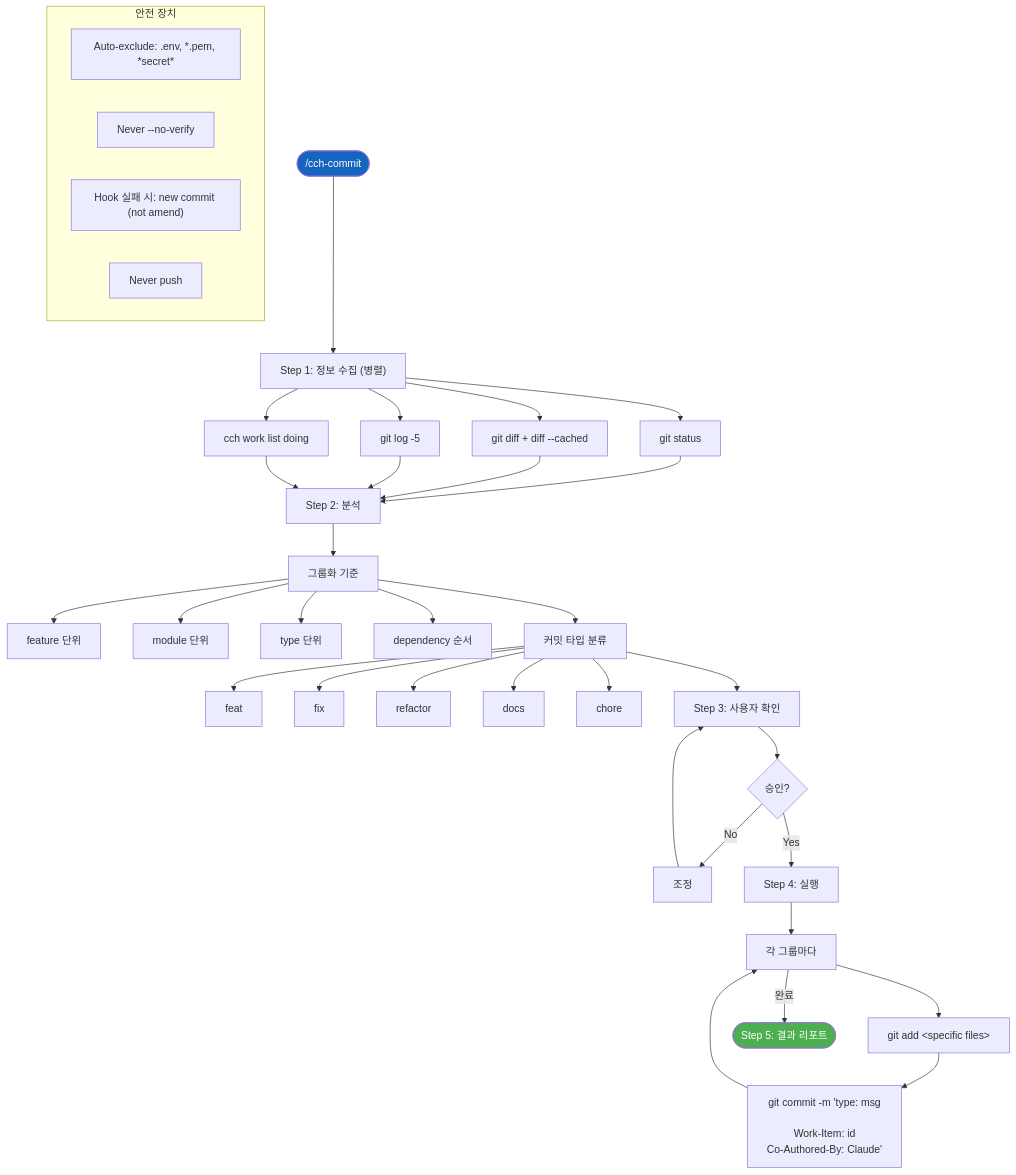
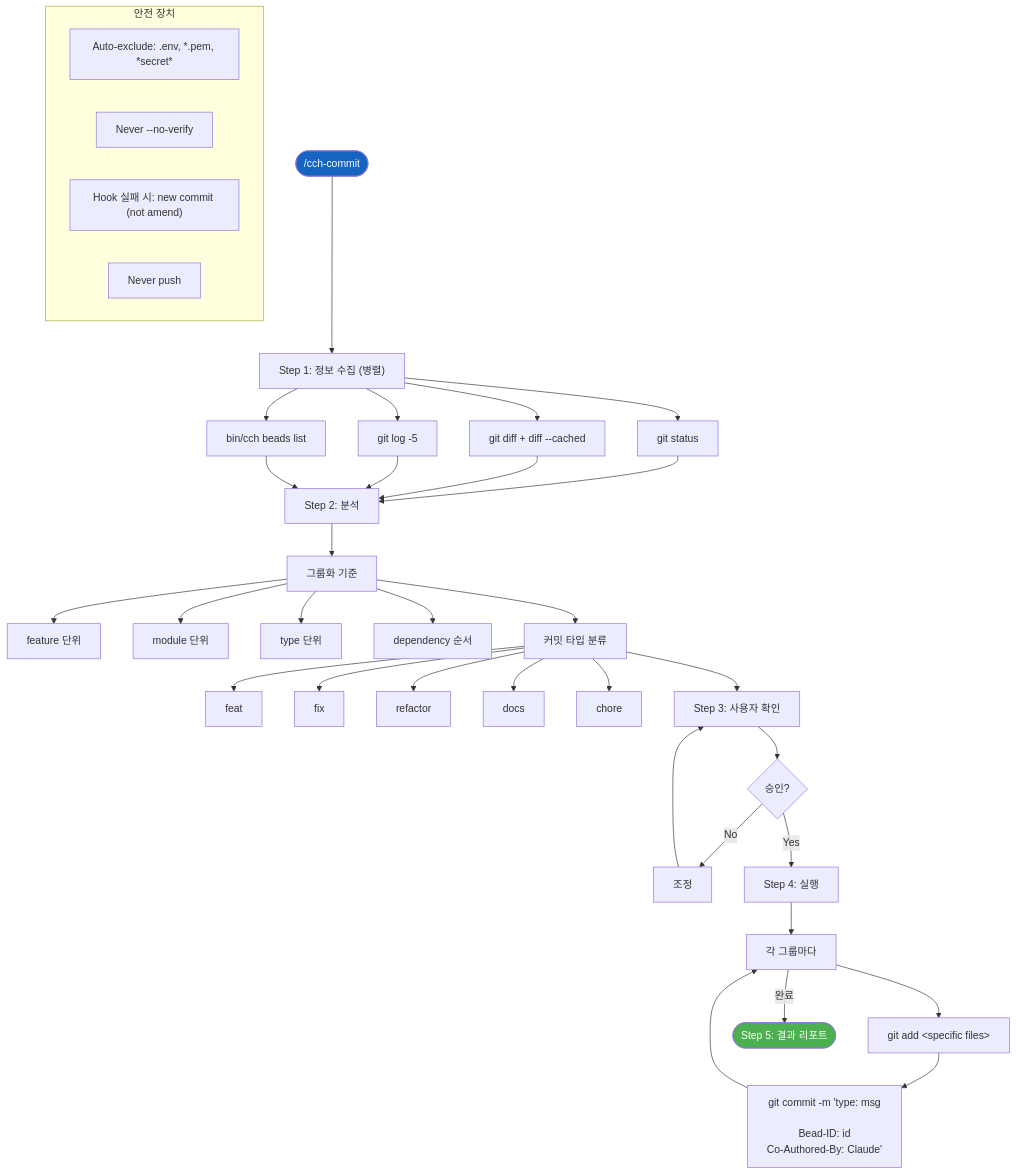
One commit to skdkfk8758/claude-code-harness changed the eighth of 12 diagrams in docs/diagrams/cch-workflows.md. Above: the diagram before and after it, drawn with Mermaid. The commit also changed other lines of this file and 34 other files, not shown here.

````diff
--- a/docs/diagrams/cch-workflows.md
+++ b/docs/diagrams/cch-workflows.md
@@ -620,46 +335,46 @@
 ```mermaid
 flowchart TD
     START(["/cch-commit"]) --> COLLECT["Step 1: 정보 수집 (병렬)"]
 
     COLLECT --> GS["git status"]
     COLLECT --> GD["git diff + diff --cached"]
     COLLECT --> GL["git log -5"]
-    COLLECT --> WL["cch work list doing"]
+    COLLECT --> BD["bin/cch beads list"]
 
-    GS & GD & GL & WL --> ANALYZE["Step 2: 분석"]
+    GS & GD & GL & BD --> ANALYZE["Step 2: 분석"]
     ANALYZE --> GROUP["그룹화 기준"]
     GROUP --> G1["feature 단위"]
     GROUP --> G2["module 단위"]
     GROUP --> G3["type 단위"]
     GROUP --> G4["dependency 순서"]
 
     GROUP --> TYPES["커밋 타입 분류"]
     TYPES --> T_FEAT["feat"]
     TYPES --> T_FIX["fix"]
     TYPES --> T_REF["refactor"]
     TYPES --> T_DOC["docs"]
     TYPES --> T_CHR["chore"]
 
     TYPES --> CONFIRM["Step 3: 사용자 확인"]
     CONFIRM --> APPROVE{"승인?"}
     APPROVE -->|No| ADJUST["조정"]
     ADJUST --> CONFIRM
     APPROVE -->|Yes| EXECUTE["Step 4: 실행"]
 
     EXECUTE --> FOR_GROUP["각 그룹마다"]
     FOR_GROUP --> ADD["git add &lt;specific files&gt;"]
-    ADD --> COMMIT["git commit -m 'type: msg<br/><br/>Work-Item: id<br/>Co-Authored-By: Claude'"]
+    ADD --> COMMIT["git commit -m 'type: msg<br/><br/>Bead-ID: id<br/>Co-Authored-By: Claude'"]
     COMMIT --> FOR_GROUP
 
     FOR_GROUP -->|완료| REPORT(["Step 5: 결과 리포트"])
 
     subgraph Safety["안전 장치"]
         S1["Auto-exclude: .env, *.pem, *secret*"]
         S2["Never --no-verify"]
         S3["Hook 실패 시: new commit (not amend)"]
         S4["Never push"]
     end
 
     style START fill:#1565C0,color:white
     style REPORT fill:#4CAF50,color:white
 ```
````
